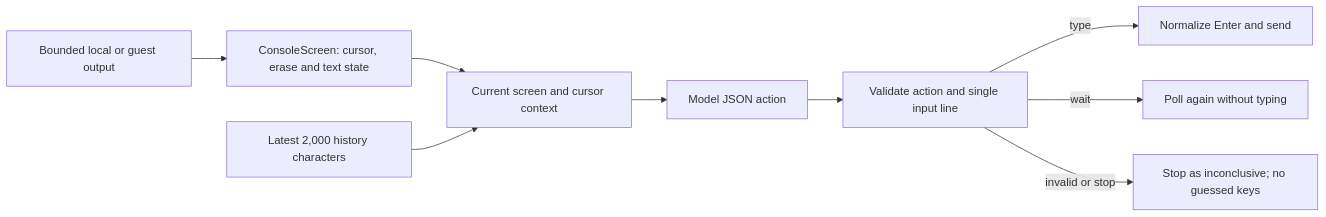
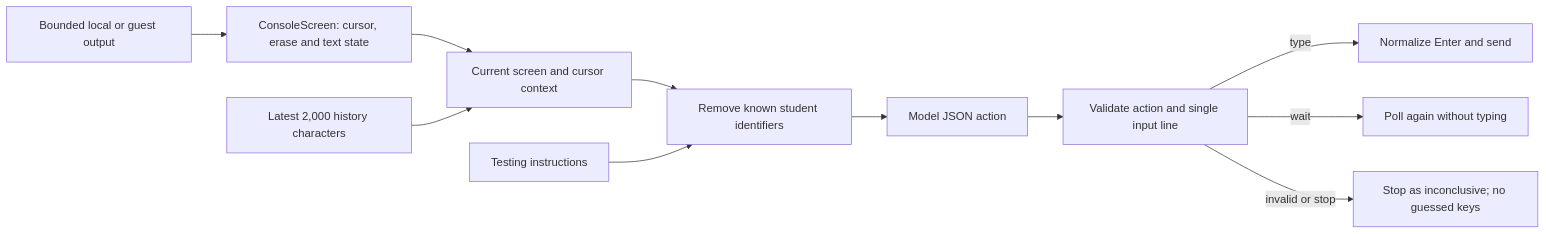
One commit to signalnotnoise/GuidedGrade changed the diagram in CONSOLE_INTERACTION.md. Above: the diagram before and after it, drawn with Mermaid. The commit also changed other lines of this file and 54 other files, not shown here.

````diff
--- a/CONSOLE_INTERACTION.md
+++ b/CONSOLE_INTERACTION.md
@@ -11,11 +13,13 @@
 ```mermaid
 flowchart LR
     Raw["Bounded local or guest output"] --> Screen["ConsoleScreen: cursor, erase and text state"]
     Screen --> Context["Current screen and cursor context"]
     History["Latest 2,000 history characters"] --> Context
-    Context --> Model["Model JSON action"]
+    Context --> Redact["Remove known student identifiers"]
+    Instructions[Testing instructions] --> Redact
+    Redact --> Model["Model JSON action"]
     Model --> Validate["Validate action and single input line"]
     Validate -->|type| Input["Normalize Enter and send"]
     Validate -->|wait| Poll["Poll again without typing"]
     Validate -->|invalid or stop| Stop["Stop as inconclusive; no guessed keys"]
 ```
````
